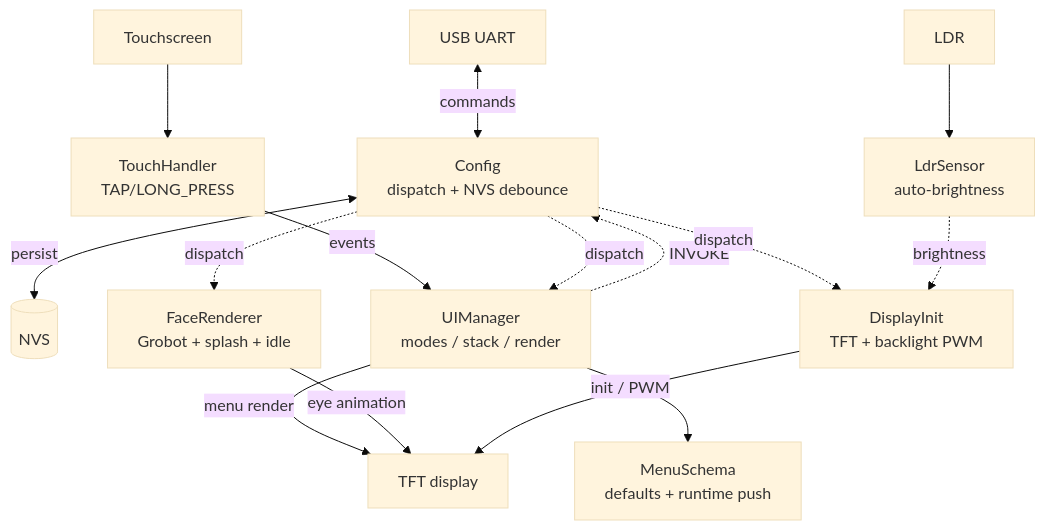
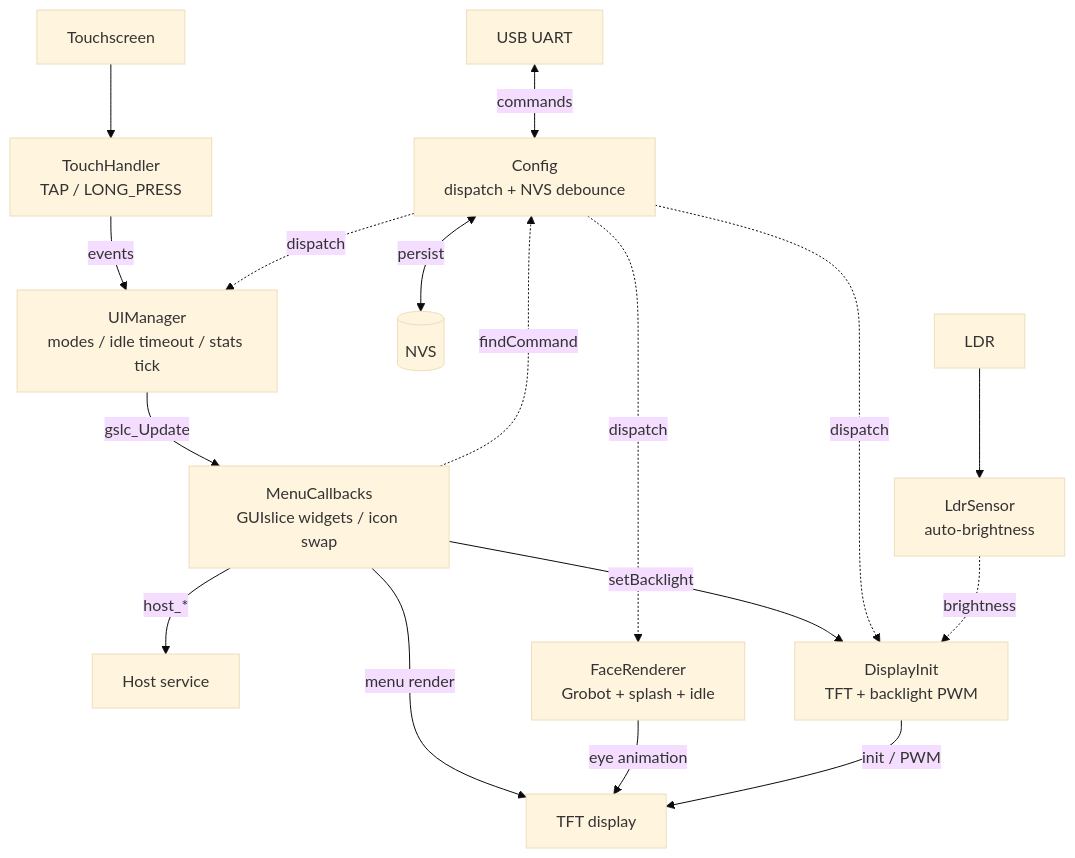
The diagram in README.md (RobotStudyCompanion/CYD), drawn with Mermaid (base theme) before and after one commit. The commit also changed other lines of this file, not shown here.

````diff
--- a/README.md
+++ b/README.md
@@ -87,33 +99,36 @@
 ```mermaid
 graph TB
     UART[USB UART]
     TS[Touchscreen]
     TFT[TFT display]
     LDR[LDR]
     NVS[(NVS)]
+    HOST[Host service]
 
     UART <-->|commands| Config
     TS --> TouchHandler
     LDR --> LdrSensor
     Config <-->|persist| NVS
 
     Config[Config<br/>dispatch + NVS debounce]
-    UIManager[UIManager<br/>modes / stack / render]
-    MenuSchema[MenuSchema<br/>defaults + runtime push]
-    TouchHandler[TouchHandler<br/>TAP/LONG_PRESS]
+    UIManager[UIManager<br/>modes / idle timeout / stats tick]
+    MenuCallbacks[MenuCallbacks<br/>GUIslice widgets / icon swap]
+    TouchHandler[TouchHandler<br/>TAP / LONG_PRESS]
     FaceRenderer[FaceRenderer<br/>Grobot + splash + idle]
     DisplayInit[DisplayInit<br/>TFT + backlight PWM]
     LdrSensor[LdrSensor<br/>auto-brightness]
 
     TouchHandler -->|events| UIManager
-    UIManager --> MenuSchema
-    UIManager -.INVOKE.-> Config
+    UIManager -->|gslc_Update| MenuCallbacks
+    MenuCallbacks -.findCommand.-> Config
+    MenuCallbacks -->|host_*| HOST
+    MenuCallbacks -->|setBacklight| DisplayInit
     Config -.dispatch.-> FaceRenderer
     Config -.dispatch.-> UIManager
     Config -.dispatch.-> DisplayInit
 
-    UIManager -->|menu render| TFT
+    MenuCallbacks -->|menu render| TFT
     FaceRenderer -->|eye animation| TFT
     DisplayInit -->|init / PWM| TFT
     LdrSensor -.brightness.-> DisplayInit
 ```
````
